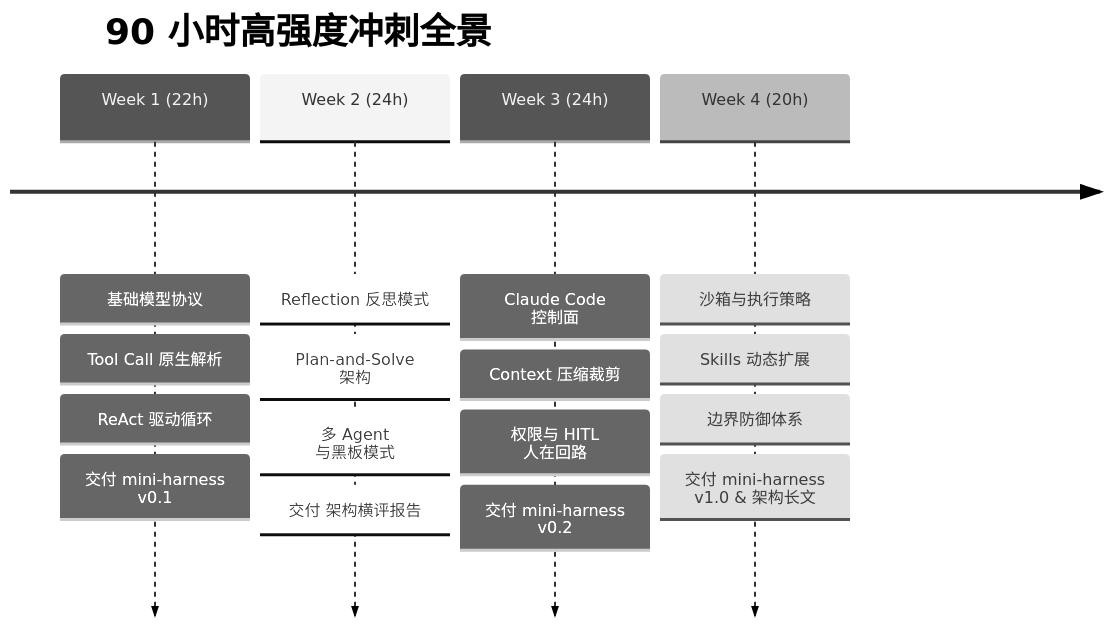
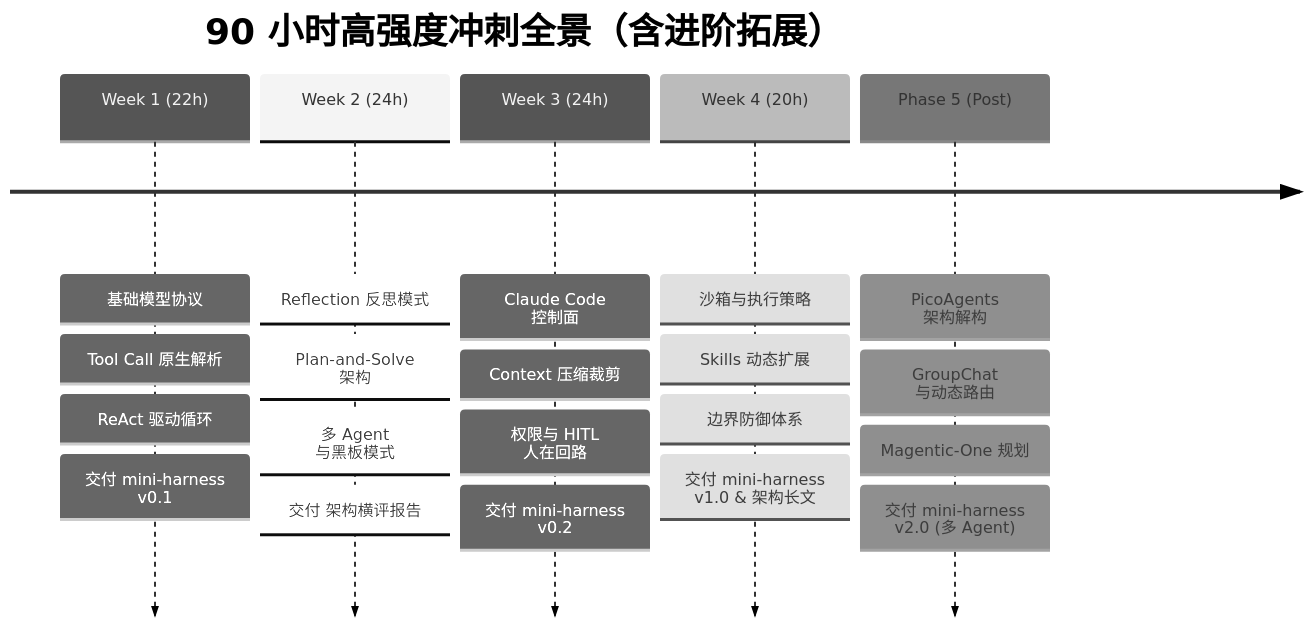
Before and after one commit to sydowma/agent-architect-lab: the diagram in README.md, drawn with Mermaid (neutral theme). The commit also changed other lines of this file and 6 other files, not shown here.

````diff
--- a/README.md
+++ b/README.md
@@ -57,8 +60,9 @@
 ```mermaid
 timeline
-    title 90 小时高强度冲刺全景
+    title 90 小时高强度冲刺全景（含进阶拓展）
     Week 1 (22h) : 基础模型协议 : Tool Call 原生解析 : ReAct 驱动循环 : 交付 mini-harness v0.1
     Week 2 (24h) : Reflection 反思模式 : Plan-and-Solve 架构 : 多 Agent 与黑板模式 : 交付 架构横评报告
     Week 3 (24h) : Claude Code 控制面 : Context 压缩裁剪 : 权限与 HITL 人在回路 : 交付 mini-harness v0.2
     Week 4 (20h) : 沙箱与执行策略 : Skills 动态扩展 : 边界防御体系 : 交付 mini-harness v1.0 & 架构长文
+    Phase 5 (Post) : PicoAgents 架构解构 : GroupChat 与动态路由 : Magentic-One 规划 : 交付 mini-harness v2.0 (多 Agent)
 ```
````
